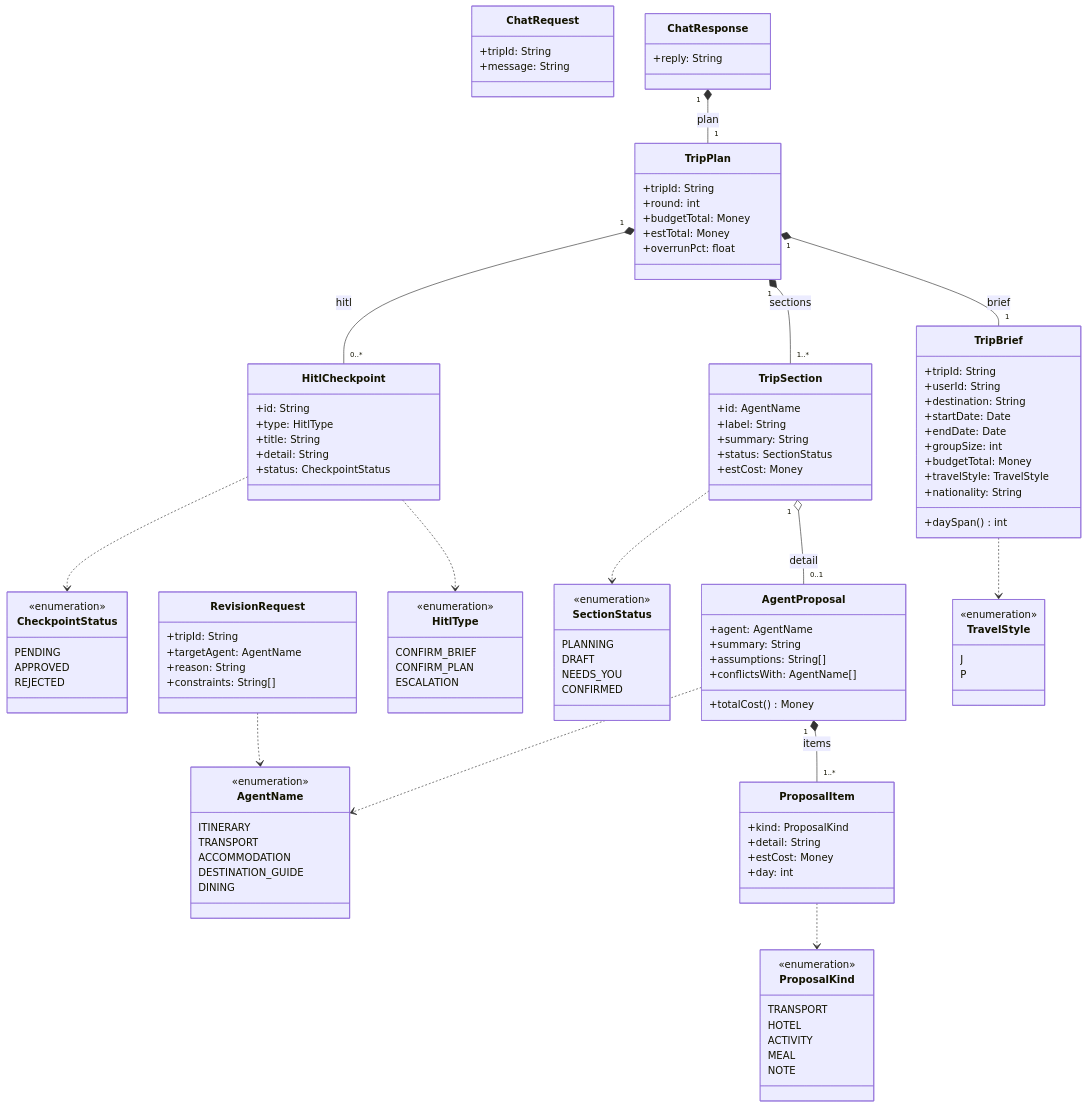
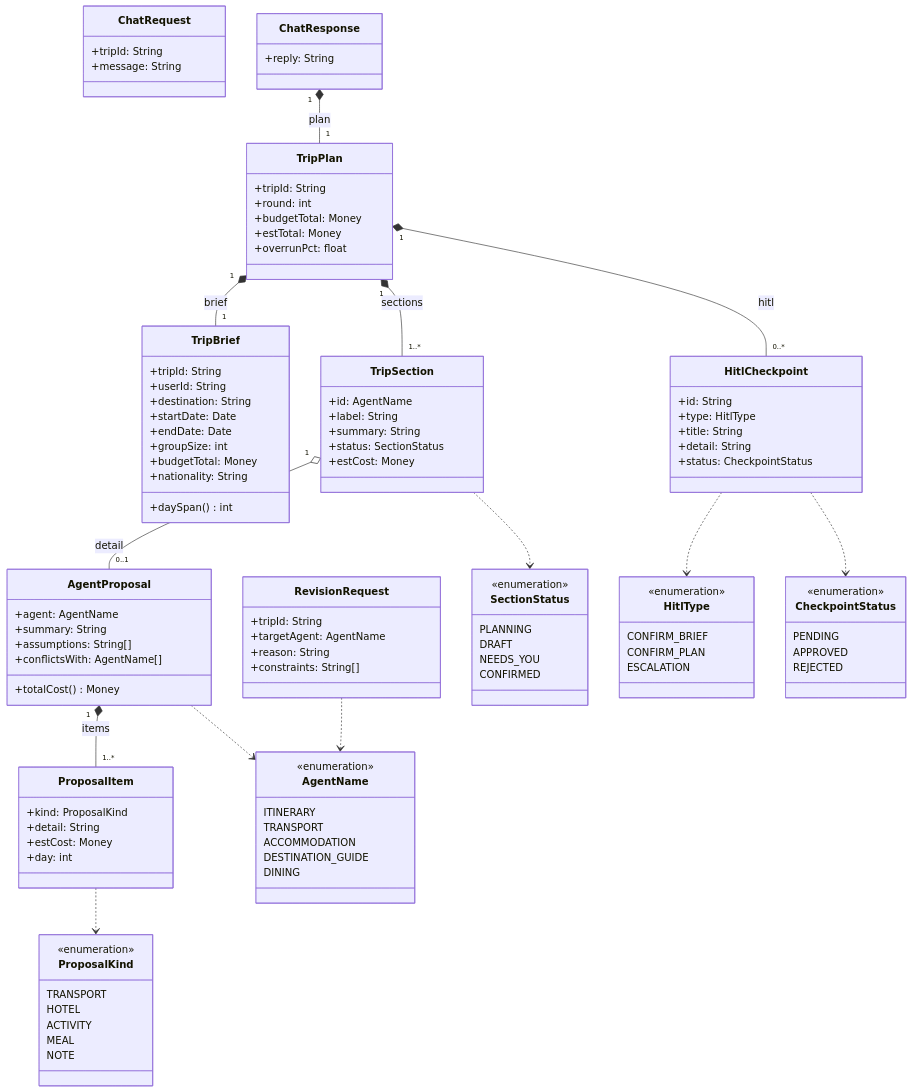
One commit to HeadmasterEggy/AI_TRIP_PLANNER changed the second of 4 diagrams in docs/class-diagram.md. Above: the diagram before and after it, drawn with Mermaid. The commit also changed 4 other files, not shown here.

First line of the commit message:
Remove travelStyle (J/P) from TripBrief

```diff
--- a/docs/class-diagram.md
+++ b/docs/class-diagram.md
@@ -112,7 +112,6 @@
     +endDate: Date
     +groupSize: int
     +budgetTotal: Money
-    +travelStyle: TravelStyle
     +nationality: String
     +daySpan() int
   }
@@ -163,11 +162,6 @@
   class ChatResponse {
     +reply: String
   }
-  class TravelStyle {
-    <<enumeration>>
-    J
-    P
-  }
   class AgentName {
     <<enumeration>>
     ITINERARY
@@ -210,8 +204,6 @@
   AgentProposal "1" *-- "1..*" ProposalItem : items
   TripSection "1" o-- "0..1" AgentProposal : detail
   ChatResponse "1" *-- "1" TripPlan : plan
-
-  TripBrief ..> TravelStyle
   AgentProposal ..> AgentName
   RevisionRequest ..> AgentName
   TripSection ..> SectionStatus
```
